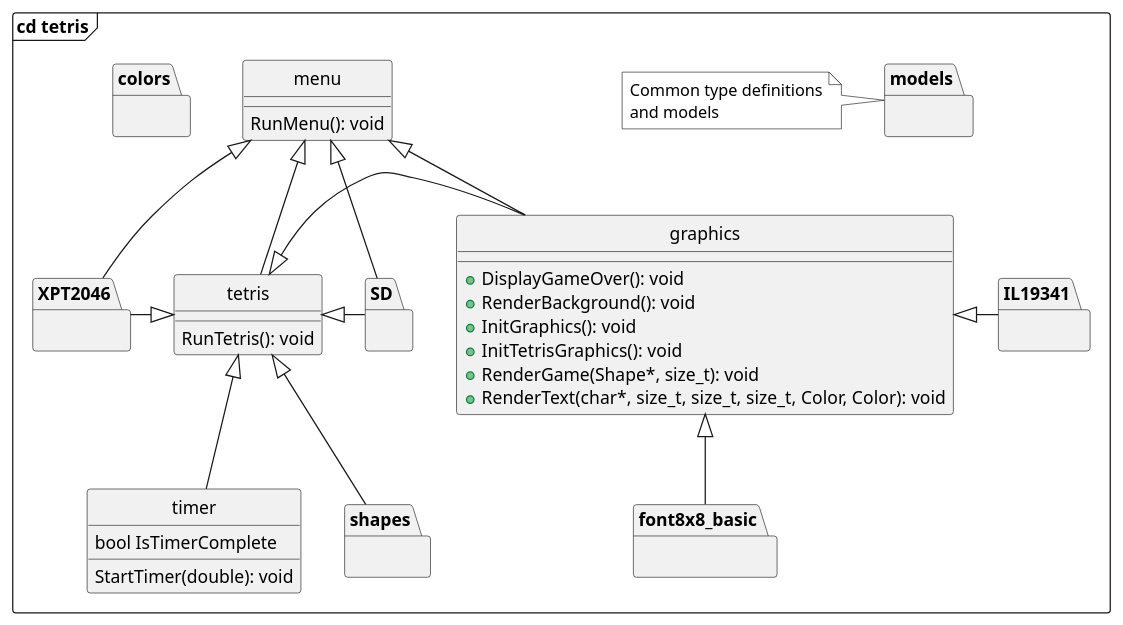
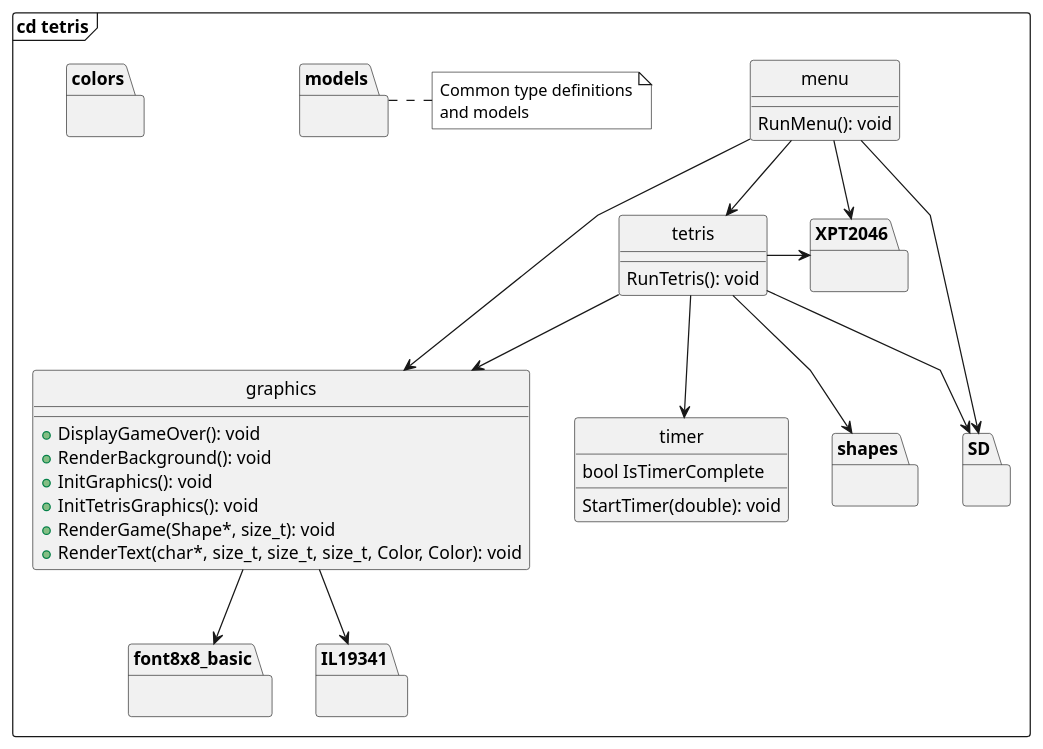
The diagram in diagrams/cd_tetris.wsd (Yoda92/AMS_TETRIS), drawn with PlantUML before and after one commit. The commit also changed 1 other file, not shown here.

Commit message:
Fixed diagram arrows

```diff
--- a/diagrams/cd_tetris.wsd
+++ b/diagrams/cd_tetris.wsd
@@ -1,49 +1,50 @@
 @startuml
 hide circle
+skinparam linetype polyline
 top to bottom direction
 
 frame "cd tetris" {
     package colors {}
     class graphics {
         + DisplayGameOver(): void
         + RenderBackground(): void
         + InitGraphics(): void
         + InitTetrisGraphics(): void
         + RenderGame(Shape*, size_t): void
         + RenderText(char*, size_t, size_t, size_t, Color, Color): void
     }
     package shapes {}
     class tetris {
         RunTetris(): void
     }
     class timer {
         bool IsTimerComplete
         StartTimer(double): void
     }
     class menu {
         RunMenu(): void
     }
     package font8x8_basic {}
     package IL19341 {}
     package XPT2046 {}
     package SD {}
     package models {}
 
-    menu <|-- tetris
-    menu <|-- graphics
-    menu <|-- XPT2046
-    menu <|-- SD
-    tetris <|-- shapes
-    tetris <|- graphics
-    tetris <|- SD
-    graphics <|-right- IL19341
-    graphics <|-- font8x8_basic
-    tetris <|-- timer
-    tetris <|-left- XPT2046
+    menu --> tetris
+    menu -> graphics
+    menu --> XPT2046
+    menu --> SD
+    tetris -down-> shapes
+    tetris -down-> graphics
+    tetris --> SD
+    graphics --> IL19341
+    graphics --> font8x8_basic
+    tetris --> timer
+    tetris -> XPT2046
 
-    note left of models #ffffff
+    note right of models #ffffff
         Common type definitions
         and models
     end note
 }
 @enduml
```
